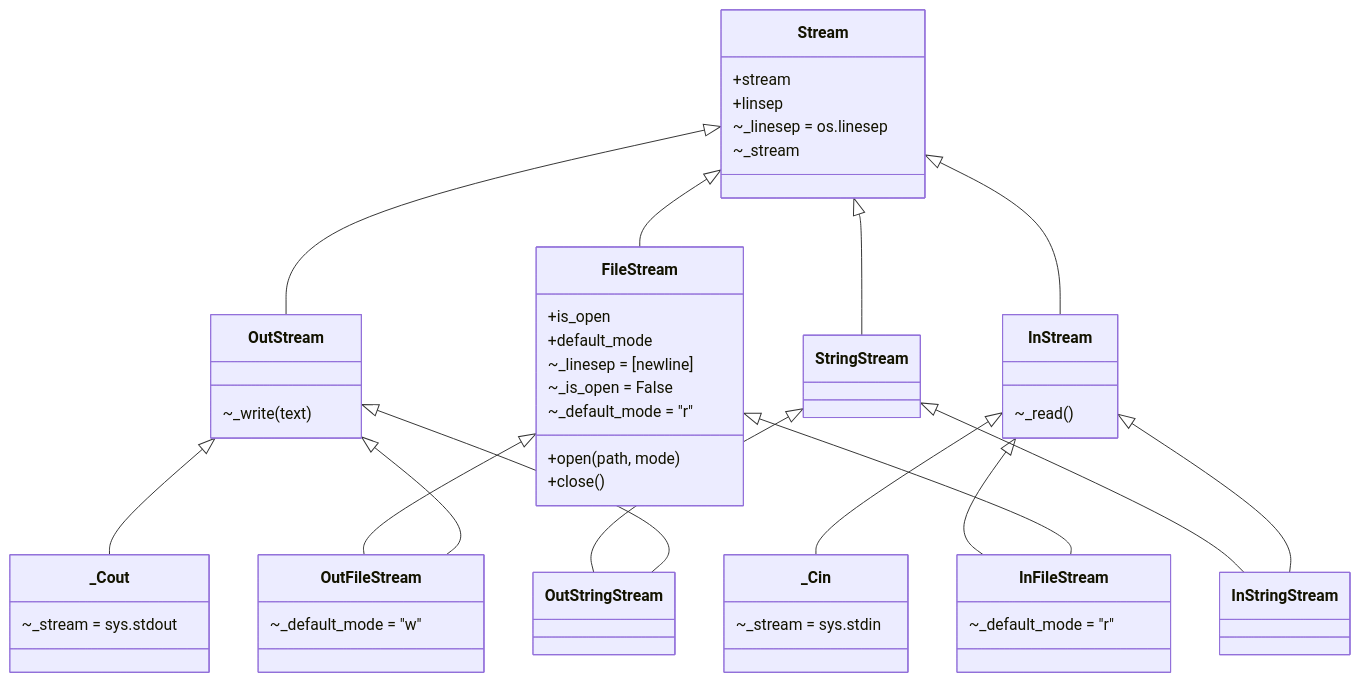
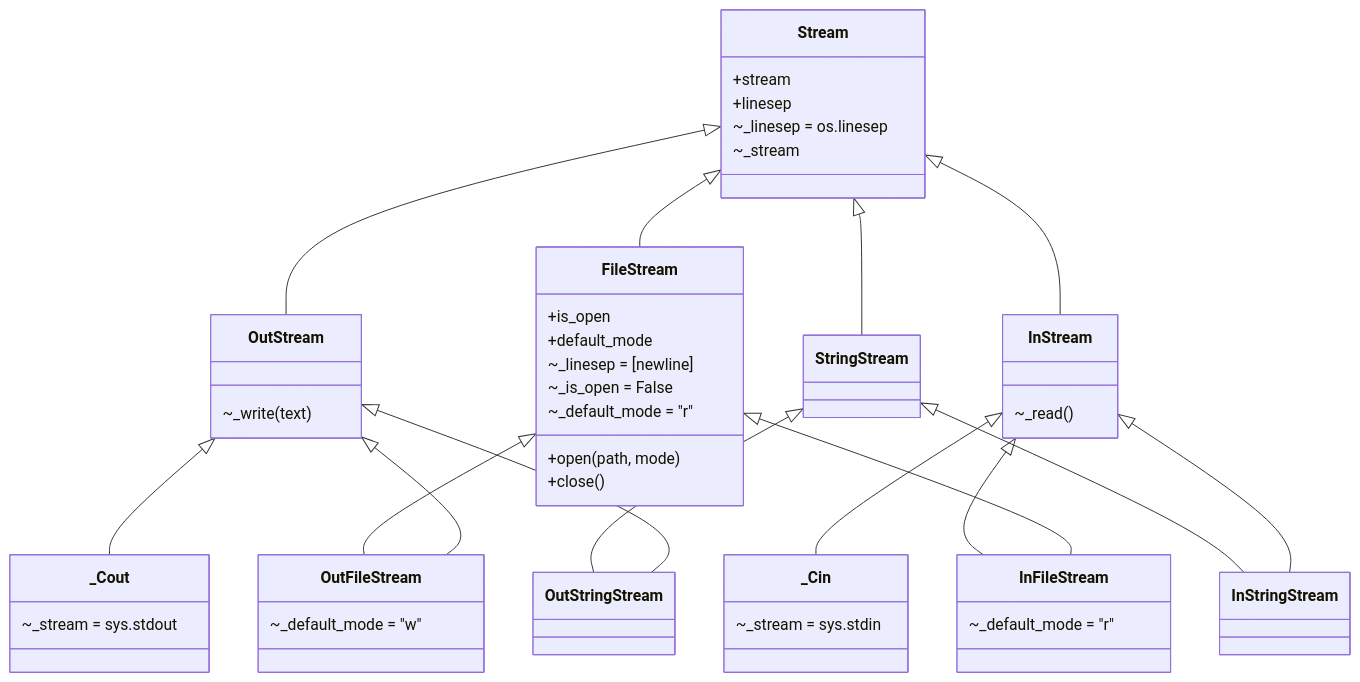
The diagram in streams.mmd (mrlegohead0x45/cppstream), drawn with Mermaid before and after one commit. The commit also changed 2 other files, not shown here.

Commit message:
Fix mermaid diagram

```diff
--- a/streams.mmd
+++ b/streams.mmd
@@ -1,76 +1,76 @@
 classDiagram
 %% all streams inherit from
 class Stream {
     +stream
-    +linsep
+    +linesep
     ~_linesep = os.linesep
     ~_stream
 }
 
 %% out streams
     %% all out streams inherit from (std::ostream)
     Stream <|-- OutStream
     class OutStream {
         ~_write(text)
     }
 
     %% stream to stdout (std::cout)
     OutStream <|-- _Cout
     class _Cout {
         ~_stream = sys.stdout
     }
 
     %% stream out to file (std::ofstream)
     FileStream <|-- OutFileStream
     OutStream <|-- OutFileStream
     class OutFileStream {
         ~_default_mode = "w"
     }
 
     %% stream out to string (std::ostringstream)
     StringStream <|-- OutStringStream
     OutStream <|-- OutStringStream
     class OutStringStream { }
 
 
 %% in streams
     %% all in streams inherit from (std::istream)
     Stream <|-- InStream
     class InStream {
         ~_read()
     }
 
     %% stream in from stdout (std::cin)
     InStream <|-- _Cin
     class _Cin {
         ~_stream = sys.stdin
     }
 
     %% stream in from file (std::ifstream)
     InStream <|-- InFileStream
     FileStream <|-- InFileStream
     class InFileStream {
         ~_default_mode = "r"
     }
 
     %% stream in from a string (std::istringstream
     StringStream <|-- InStringStream
     InStream <|-- InStringStream
     class InStringStream { }
 
 %% all file streams inherit from
 Stream <|-- FileStream
 class FileStream {
     +is_open
     +default_mode
     ~_linesep = [newline]
     ~_is_open = False
     ~_default_mode = "r"
 
     +open(path, mode)
     +close()
 }
 
 %% all string streams inherit from
 Stream <|-- StringStream
 class StringStream { }
```
